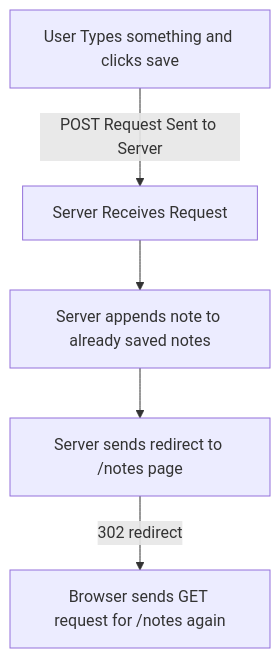
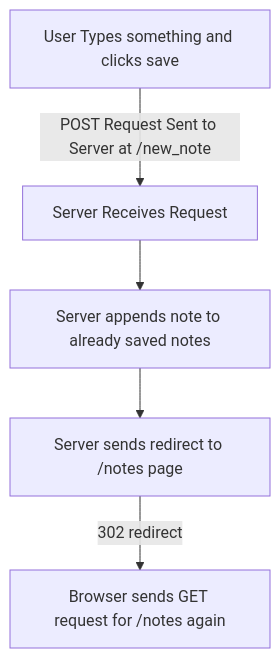
Before and after one commit to LukeEades/Full-Stack-Open: the diagram in part0/new_note_diagram.md, drawn with Mermaid. The commit also changed 1 other file, not shown here.

Commit message:
added exercise 0.5 solution and updated answer to exercise 0.4

````diff
--- a/part0/new_note_diagram.md
+++ b/part0/new_note_diagram.md
@@ -1,7 +1,7 @@
 ```mermaid
 flowchart TD
-    A[User Types something and clicks save] -->|POST Request Sent to Server| B[Server Receives Request]
+    A[User Types something and clicks save] -->|POST Request Sent to Server at /new_note| B[Server Receives Request]
     B --> C[Server appends note to already saved notes]
     C --> D[Server sends redirect to /notes page]
     D --> |302 redirect| E[Browser sends GET request for /notes again]
 ```
````
